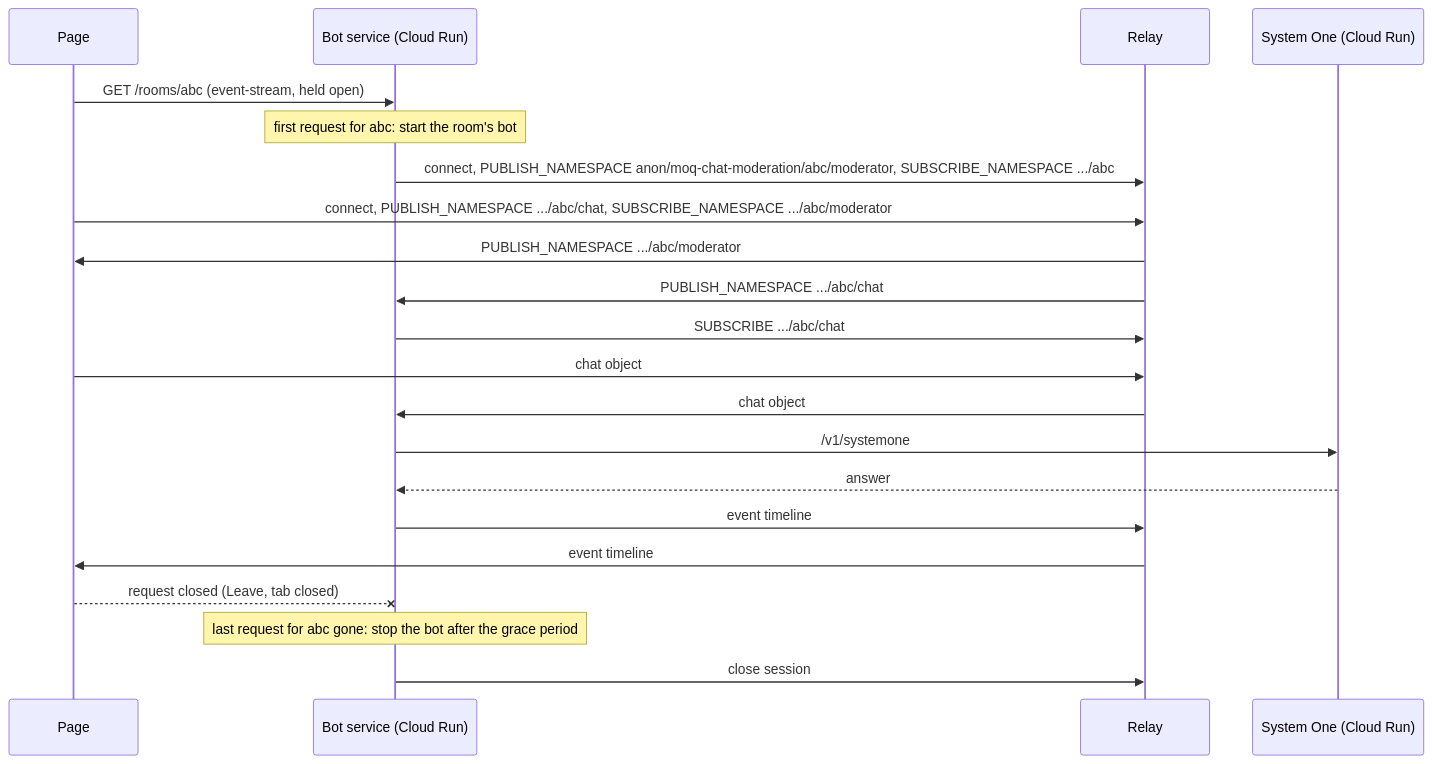
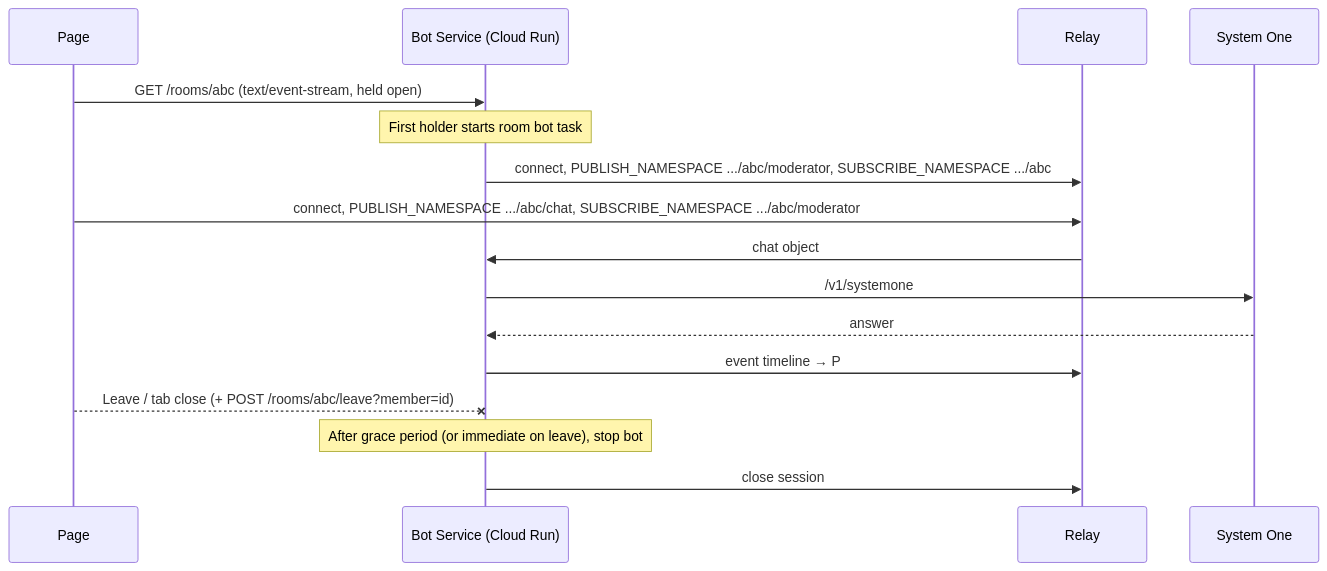
One commit to nttcom/moq-wasm changed the diagram in docs/architecture/ai-bots/on-demand-rooms.md. Above: the diagram before and after it, drawn with Mermaid. The commit also changed other lines of this file and 99 other files, not shown here.

Commit message:
docs(architecture): simplify architecture docs for readability (#2021)

````diff
--- a/docs/architecture/ai-bots/on-demand-rooms.md
+++ b/docs/architecture/ai-bots/on-demand-rooms.md
@@ -113,23 +37,18 @@
 ```mermaid
 sequenceDiagram
     participant P as Page
-    participant S as Bot service (Cloud Run)
+    participant S as Bot Service (Cloud Run)
     participant R as Relay
-    participant D as System One (Cloud Run)
-    P->>S: GET /rooms/abc (event-stream, held open)
-    Note over S: first request for abc: start the room's bot
-    S->>R: connect, PUBLISH_NAMESPACE anon/moq-chat-moderation/abc/moderator, SUBSCRIBE_NAMESPACE .../abc
+    participant D as System One
+    P->>S: GET /rooms/abc (text/event-stream, held open)
+    Note over S: First holder starts room bot task
+    S->>R: connect, PUBLISH_NAMESPACE .../abc/moderator, SUBSCRIBE_NAMESPACE .../abc
     P->>R: connect, PUBLISH_NAMESPACE .../abc/chat, SUBSCRIBE_NAMESPACE .../abc/moderator
-    R->>P: PUBLISH_NAMESPACE .../abc/moderator
-    R->>S: PUBLISH_NAMESPACE .../abc/chat
-    S->>R: SUBSCRIBE .../abc/chat
-    P->>R: chat object
     R->>S: chat object
     S->>D: /v1/systemone
     D-->>S: answer
-    S->>R: event timeline
-    R->>P: event timeline
-    P--xS: request closed (Leave, tab closed)
-    Note over S: last request for abc gone: stop the bot after the grace period
+    S->>R: event timeline → P
+    P--xS: Leave / tab close (+ POST /rooms/abc/leave?member=id)
+    Note over S: After grace period (or immediate on leave), stop bot
     S->>R: close session
 ```
````
